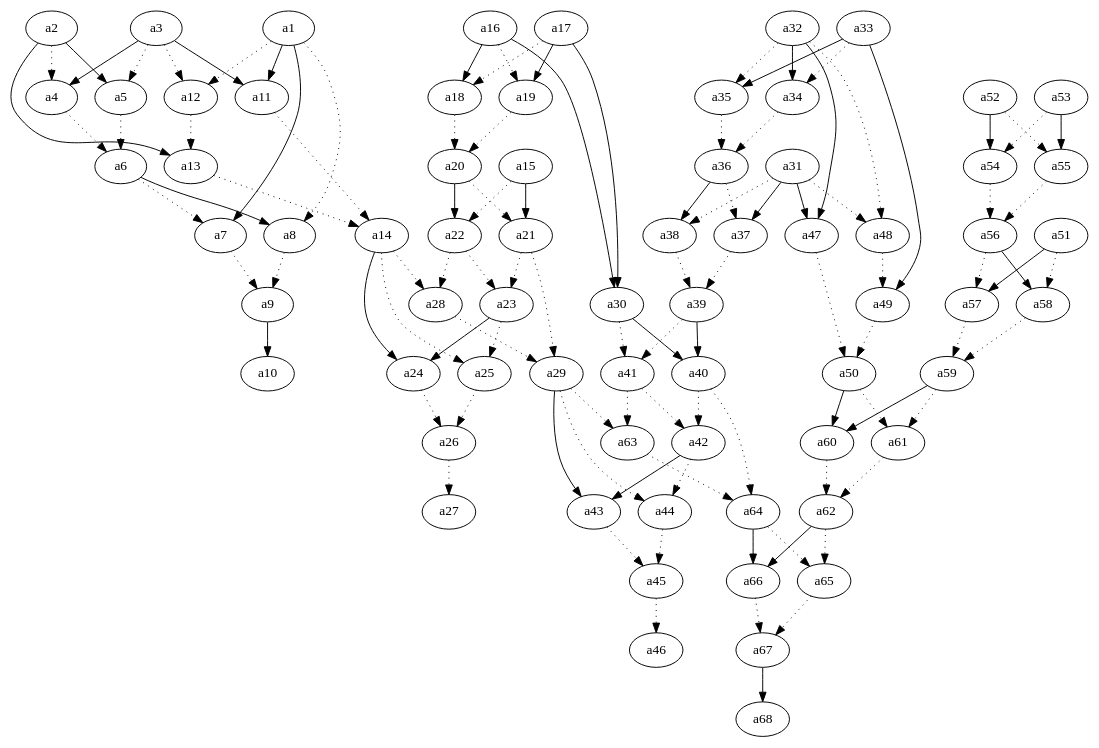
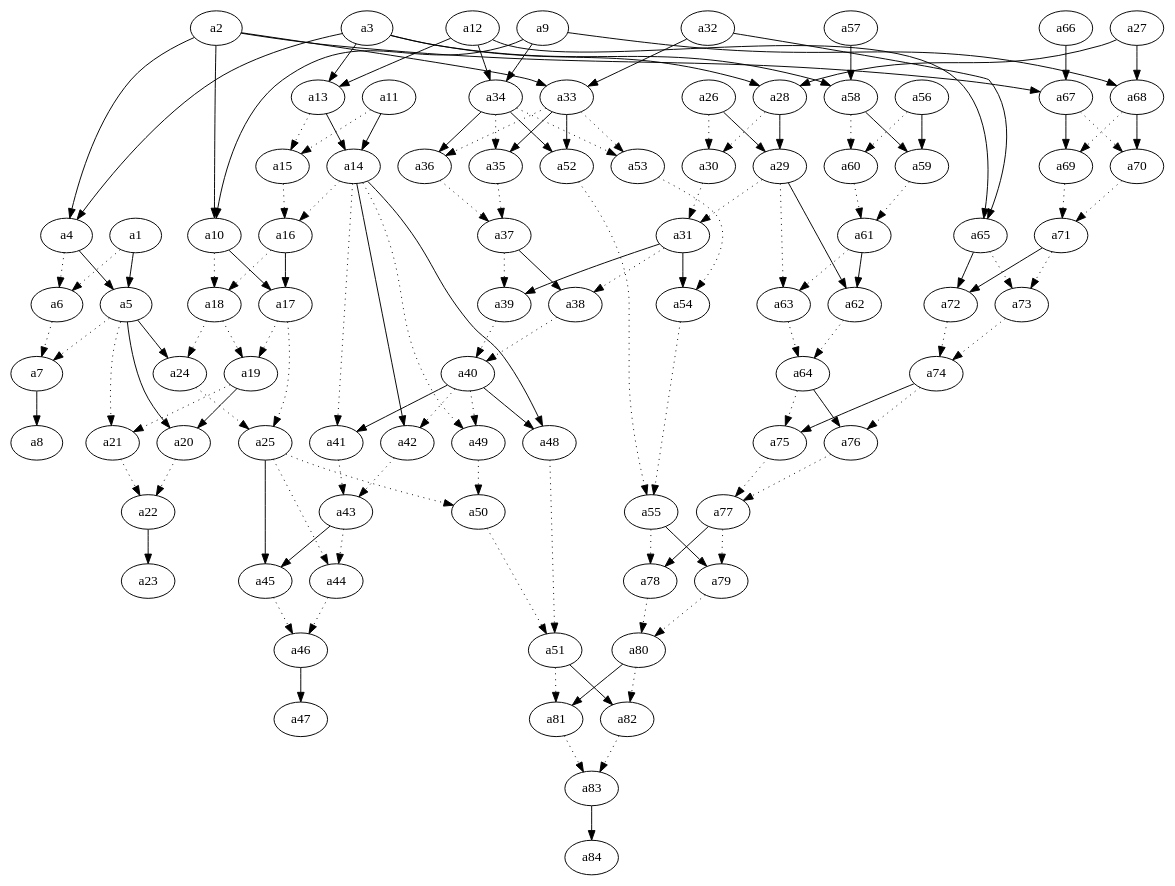
One commit to gordon0813/LSV-PA changed the diagram in test.dot. Above: the diagram before and after it, drawn with Graphviz. The commit also changed 4 other files, not shown here.

```diff
--- a/test.dot
+++ b/test.dot
@@ -1,110 +1,142 @@
 digraph G1 {
- a2 ->  a4[ label=""  ,style=dotted,color= "black"];
+ a2 ->  a4[ label="" ,color= "black"];
  a3 ->  a4[ label="" ,color= "black"];
- a2 ->  a5[ label="" ,color= "black"];
- a3 ->  a5[ label=""  ,style=dotted,color= "black"];
+ a1 ->  a5[ label="" ,color= "black"];
+ a4 ->  a5[ label="" ,color= "black"];
+ a1 ->  a6[ label=""  ,style=dotted,color= "black"];
  a4 ->  a6[ label=""  ,style=dotted,color= "black"];
- a5 ->  a6[ label=""  ,style=dotted,color= "black"];
- a1 ->  a7[ label="" ,color= "black"];
+ a5 ->  a7[ label=""  ,style=dotted,color= "black"];
  a6 ->  a7[ label=""  ,style=dotted,color= "black"];
- a1 ->  a8[ label=""  ,style=dotted,color= "black"];
- a6 ->  a8[ label="" ,color= "black"];
- a7 ->  a9[ label=""  ,style=dotted,color= "black"];
- a8 ->  a9[ label=""  ,style=dotted,color= "black"];
+ a7 ->  a8[ label="" ,color= "black"];
+ a2 ->  a10[ label="" ,color= "black"];
  a9 ->  a10[ label="" ,color= "black"];
- a1 ->  a11[ label="" ,color= "black"];
- a3 ->  a11[ label="" ,color= "black"];
- a1 ->  a12[ label=""  ,style=dotted,color= "black"];
- a3 ->  a12[ label=""  ,style=dotted,color= "black"];
- a2 ->  a13[ label="" ,color= "black"];
- a12 ->  a13[ label=""  ,style=dotted,color= "black"];
- a11 ->  a14[ label=""  ,style=dotted,color= "black"];
- a13 ->  a14[ label=""  ,style=dotted,color= "black"];
- a16 ->  a18[ label="" ,color= "black"];
- a17 ->  a18[ label=""  ,style=dotted,color= "black"];
- a16 ->  a19[ label=""  ,style=dotted,color= "black"];
- a17 ->  a19[ label="" ,color= "black"];
- a18 ->  a20[ label=""  ,style=dotted,color= "black"];
- a19 ->  a20[ label=""  ,style=dotted,color= "black"];
- a15 ->  a21[ label="" ,color= "black"];
- a20 ->  a21[ label=""  ,style=dotted,color= "black"];
- a15 ->  a22[ label=""  ,style=dotted,color= "black"];
- a20 ->  a22[ label="" ,color= "black"];
- a21 ->  a23[ label=""  ,style=dotted,color= "black"];
- a22 ->  a23[ label=""  ,style=dotted,color= "black"];
- a14 ->  a24[ label="" ,color= "black"];
- a23 ->  a24[ label="" ,color= "black"];
- a14 ->  a25[ label=""  ,style=dotted,color= "black"];
- a23 ->  a25[ label=""  ,style=dotted,color= "black"];
- a24 ->  a26[ label=""  ,style=dotted,color= "black"];
- a25 ->  a26[ label=""  ,style=dotted,color= "black"];
- a26 ->  a27[ label=""  ,style=dotted,color= "black"];
- a14 ->  a28[ label=""  ,style=dotted,color= "black"];
- a22 ->  a28[ label=""  ,style=dotted,color= "black"];
- a21 ->  a29[ label=""  ,style=dotted,color= "black"];
- a28 ->  a29[ label=""  ,style=dotted,color= "black"];
- a16 ->  a30[ label="" ,color= "black"];
- a17 ->  a30[ label="" ,color= "black"];
- a32 ->  a34[ label="" ,color= "black"];
- a33 ->  a34[ label=""  ,style=dotted,color= "black"];
- a32 ->  a35[ label=""  ,style=dotted,color= "black"];
+ a3 ->  a13[ label="" ,color= "black"];
+ a12 ->  a13[ label="" ,color= "black"];
+ a11 ->  a14[ label="" ,color= "black"];
+ a13 ->  a14[ label="" ,color= "black"];
+ a11 ->  a15[ label=""  ,style=dotted,color= "black"];
+ a13 ->  a15[ label=""  ,style=dotted,color= "black"];
+ a14 ->  a16[ label=""  ,style=dotted,color= "black"];
+ a15 ->  a16[ label=""  ,style=dotted,color= "black"];
+ a10 ->  a17[ label="" ,color= "black"];
+ a16 ->  a17[ label="" ,color= "black"];
+ a10 ->  a18[ label=""  ,style=dotted,color= "black"];
+ a16 ->  a18[ label=""  ,style=dotted,color= "black"];
+ a17 ->  a19[ label=""  ,style=dotted,color= "black"];
+ a18 ->  a19[ label=""  ,style=dotted,color= "black"];
+ a5 ->  a20[ label="" ,color= "black"];
+ a19 ->  a20[ label="" ,color= "black"];
+ a5 ->  a21[ label=""  ,style=dotted,color= "black"];
+ a19 ->  a21[ label=""  ,style=dotted,color= "black"];
+ a20 ->  a22[ label=""  ,style=dotted,color= "black"];
+ a21 ->  a22[ label=""  ,style=dotted,color= "black"];
+ a22 ->  a23[ label="" ,color= "black"];
+ a5 ->  a24[ label="" ,color= "black"];
+ a18 ->  a24[ label=""  ,style=dotted,color= "black"];
+ a17 ->  a25[ label=""  ,style=dotted,color= "black"];
+ a24 ->  a25[ label=""  ,style=dotted,color= "black"];
+ a3 ->  a28[ label="" ,color= "black"];
+ a27 ->  a28[ label="" ,color= "black"];
+ a26 ->  a29[ label="" ,color= "black"];
+ a28 ->  a29[ label="" ,color= "black"];
+ a26 ->  a30[ label=""  ,style=dotted,color= "black"];
+ a28 ->  a30[ label=""  ,style=dotted,color= "black"];
+ a29 ->  a31[ label=""  ,style=dotted,color= "black"];
+ a30 ->  a31[ label=""  ,style=dotted,color= "black"];
+ a2 ->  a33[ label="" ,color= "black"];
+ a32 ->  a33[ label="" ,color= "black"];
+ a9 ->  a34[ label="" ,color= "black"];
+ a12 ->  a34[ label="" ,color= "black"];
  a33 ->  a35[ label="" ,color= "black"];
- a34 ->  a36[ label=""  ,style=dotted,color= "black"];
- a35 ->  a36[ label=""  ,style=dotted,color= "black"];
- a31 ->  a37[ label="" ,color= "black"];
+ a34 ->  a35[ label=""  ,style=dotted,color= "black"];
+ a33 ->  a36[ label=""  ,style=dotted,color= "black"];
+ a34 ->  a36[ label="" ,color= "black"];
+ a35 ->  a37[ label=""  ,style=dotted,color= "black"];
  a36 ->  a37[ label=""  ,style=dotted,color= "black"];
  a31 ->  a38[ label=""  ,style=dotted,color= "black"];
- a36 ->  a38[ label="" ,color= "black"];
+ a37 ->  a38[ label="" ,color= "black"];
+ a31 ->  a39[ label="" ,color= "black"];
  a37 ->  a39[ label=""  ,style=dotted,color= "black"];
- a38 ->  a39[ label=""  ,style=dotted,color= "black"];
- a30 ->  a40[ label="" ,color= "black"];
- a39 ->  a40[ label="" ,color= "black"];
- a30 ->  a41[ label=""  ,style=dotted,color= "black"];
- a39 ->  a41[ label=""  ,style=dotted,color= "black"];
+ a38 ->  a40[ label=""  ,style=dotted,color= "black"];
+ a39 ->  a40[ label=""  ,style=dotted,color= "black"];
+ a14 ->  a41[ label=""  ,style=dotted,color= "black"];
+ a40 ->  a41[ label="" ,color= "black"];
+ a14 ->  a42[ label="" ,color= "black"];
  a40 ->  a42[ label=""  ,style=dotted,color= "black"];
- a41 ->  a42[ label=""  ,style=dotted,color= "black"];
- a29 ->  a43[ label="" ,color= "black"];
- a42 ->  a43[ label="" ,color= "black"];
- a29 ->  a44[ label=""  ,style=dotted,color= "black"];
- a42 ->  a44[ label=""  ,style=dotted,color= "black"];
- a43 ->  a45[ label=""  ,style=dotted,color= "black"];
- a44 ->  a45[ label=""  ,style=dotted,color= "black"];
+ a41 ->  a43[ label=""  ,style=dotted,color= "black"];
+ a42 ->  a43[ label=""  ,style=dotted,color= "black"];
+ a25 ->  a44[ label=""  ,style=dotted,color= "black"];
+ a43 ->  a44[ label=""  ,style=dotted,color= "black"];
+ a25 ->  a45[ label="" ,color= "black"];
+ a43 ->  a45[ label="" ,color= "black"];
+ a44 ->  a46[ label=""  ,style=dotted,color= "black"];
  a45 ->  a46[ label=""  ,style=dotted,color= "black"];
- a31 ->  a47[ label="" ,color= "black"];
- a32 ->  a47[ label="" ,color= "black"];
- a31 ->  a48[ label=""  ,style=dotted,color= "black"];
- a32 ->  a48[ label=""  ,style=dotted,color= "black"];
- a33 ->  a49[ label="" ,color= "black"];
- a48 ->  a49[ label=""  ,style=dotted,color= "black"];
- a47 ->  a50[ label=""  ,style=dotted,color= "black"];
+ a46 ->  a47[ label="" ,color= "black"];
+ a14 ->  a48[ label="" ,color= "black"];
+ a40 ->  a48[ label="" ,color= "black"];
+ a14 ->  a49[ label=""  ,style=dotted,color= "black"];
+ a40 ->  a49[ label=""  ,style=dotted,color= "black"];
+ a25 ->  a50[ label=""  ,style=dotted,color= "black"];
  a49 ->  a50[ label=""  ,style=dotted,color= "black"];
- a52 ->  a54[ label="" ,color= "black"];
+ a48 ->  a51[ label=""  ,style=dotted,color= "black"];
+ a50 ->  a51[ label=""  ,style=dotted,color= "black"];
+ a33 ->  a52[ label="" ,color= "black"];
+ a34 ->  a52[ label="" ,color= "black"];
+ a33 ->  a53[ label=""  ,style=dotted,color= "black"];
+ a34 ->  a53[ label=""  ,style=dotted,color= "black"];
+ a31 ->  a54[ label="" ,color= "black"];
  a53 ->  a54[ label=""  ,style=dotted,color= "black"];
  a52 ->  a55[ label=""  ,style=dotted,color= "black"];
- a53 ->  a55[ label="" ,color= "black"];
- a54 ->  a56[ label=""  ,style=dotted,color= "black"];
- a55 ->  a56[ label=""  ,style=dotted,color= "black"];
- a51 ->  a57[ label="" ,color= "black"];
- a56 ->  a57[ label=""  ,style=dotted,color= "black"];
- a51 ->  a58[ label=""  ,style=dotted,color= "black"];
- a56 ->  a58[ label="" ,color= "black"];
- a57 ->  a59[ label=""  ,style=dotted,color= "black"];
- a58 ->  a59[ label=""  ,style=dotted,color= "black"];
- a50 ->  a60[ label="" ,color= "black"];
- a59 ->  a60[ label="" ,color= "black"];
- a50 ->  a61[ label=""  ,style=dotted,color= "black"];
+ a54 ->  a55[ label=""  ,style=dotted,color= "black"];
+ a3 ->  a58[ label="" ,color= "black"];
+ a57 ->  a58[ label="" ,color= "black"];
+ a56 ->  a59[ label="" ,color= "black"];
+ a58 ->  a59[ label="" ,color= "black"];
+ a56 ->  a60[ label=""  ,style=dotted,color= "black"];
+ a58 ->  a60[ label=""  ,style=dotted,color= "black"];
  a59 ->  a61[ label=""  ,style=dotted,color= "black"];
- a60 ->  a62[ label=""  ,style=dotted,color= "black"];
- a61 ->  a62[ label=""  ,style=dotted,color= "black"];
+ a60 ->  a61[ label=""  ,style=dotted,color= "black"];
+ a29 ->  a62[ label="" ,color= "black"];
+ a61 ->  a62[ label="" ,color= "black"];
  a29 ->  a63[ label=""  ,style=dotted,color= "black"];
- a41 ->  a63[ label=""  ,style=dotted,color= "black"];
- a40 ->  a64[ label=""  ,style=dotted,color= "black"];
+ a61 ->  a63[ label=""  ,style=dotted,color= "black"];
+ a62 ->  a64[ label=""  ,style=dotted,color= "black"];
  a63 ->  a64[ label=""  ,style=dotted,color= "black"];
- a62 ->  a65[ label=""  ,style=dotted,color= "black"];
- a64 ->  a65[ label=""  ,style=dotted,color= "black"];
- a62 ->  a66[ label="" ,color= "black"];
- a64 ->  a66[ label="" ,color= "black"];
- a65 ->  a67[ label=""  ,style=dotted,color= "black"];
- a66 ->  a67[ label=""  ,style=dotted,color= "black"];
- a67 ->  a68[ label="" ,color= "black"];
+ a12 ->  a65[ label="" ,color= "black"];
+ a32 ->  a65[ label="" ,color= "black"];
+ a2 ->  a67[ label="" ,color= "black"];
+ a66 ->  a67[ label="" ,color= "black"];
+ a9 ->  a68[ label="" ,color= "black"];
+ a27 ->  a68[ label="" ,color= "black"];
+ a67 ->  a69[ label="" ,color= "black"];
+ a68 ->  a69[ label=""  ,style=dotted,color= "black"];
+ a67 ->  a70[ label=""  ,style=dotted,color= "black"];
+ a68 ->  a70[ label="" ,color= "black"];
+ a69 ->  a71[ label=""  ,style=dotted,color= "black"];
+ a70 ->  a71[ label=""  ,style=dotted,color= "black"];
+ a65 ->  a72[ label="" ,color= "black"];
+ a71 ->  a72[ label="" ,color= "black"];
+ a65 ->  a73[ label=""  ,style=dotted,color= "black"];
+ a71 ->  a73[ label=""  ,style=dotted,color= "black"];
+ a72 ->  a74[ label=""  ,style=dotted,color= "black"];
+ a73 ->  a74[ label=""  ,style=dotted,color= "black"];
+ a64 ->  a75[ label=""  ,style=dotted,color= "black"];
+ a74 ->  a75[ label="" ,color= "black"];
+ a64 ->  a76[ label="" ,color= "black"];
+ a74 ->  a76[ label=""  ,style=dotted,color= "black"];
+ a75 ->  a77[ label=""  ,style=dotted,color= "black"];
+ a76 ->  a77[ label=""  ,style=dotted,color= "black"];
+ a55 ->  a78[ label=""  ,style=dotted,color= "black"];
+ a77 ->  a78[ label="" ,color= "black"];
+ a55 ->  a79[ label="" ,color= "black"];
+ a77 ->  a79[ label=""  ,style=dotted,color= "black"];
+ a78 ->  a80[ label=""  ,style=dotted,color= "black"];
+ a79 ->  a80[ label=""  ,style=dotted,color= "black"];
+ a51 ->  a81[ label=""  ,style=dotted,color= "black"];
+ a80 ->  a81[ label="" ,color= "black"];
+ a51 ->  a82[ label="" ,color= "black"];
+ a80 ->  a82[ label=""  ,style=dotted,color= "black"];
+ a81 ->  a83[ label=""  ,style=dotted,color= "black"];
+ a82 ->  a83[ label=""  ,style=dotted,color= "black"];
+ a83 ->  a84[ label="" ,color= "black"];
 }
```
